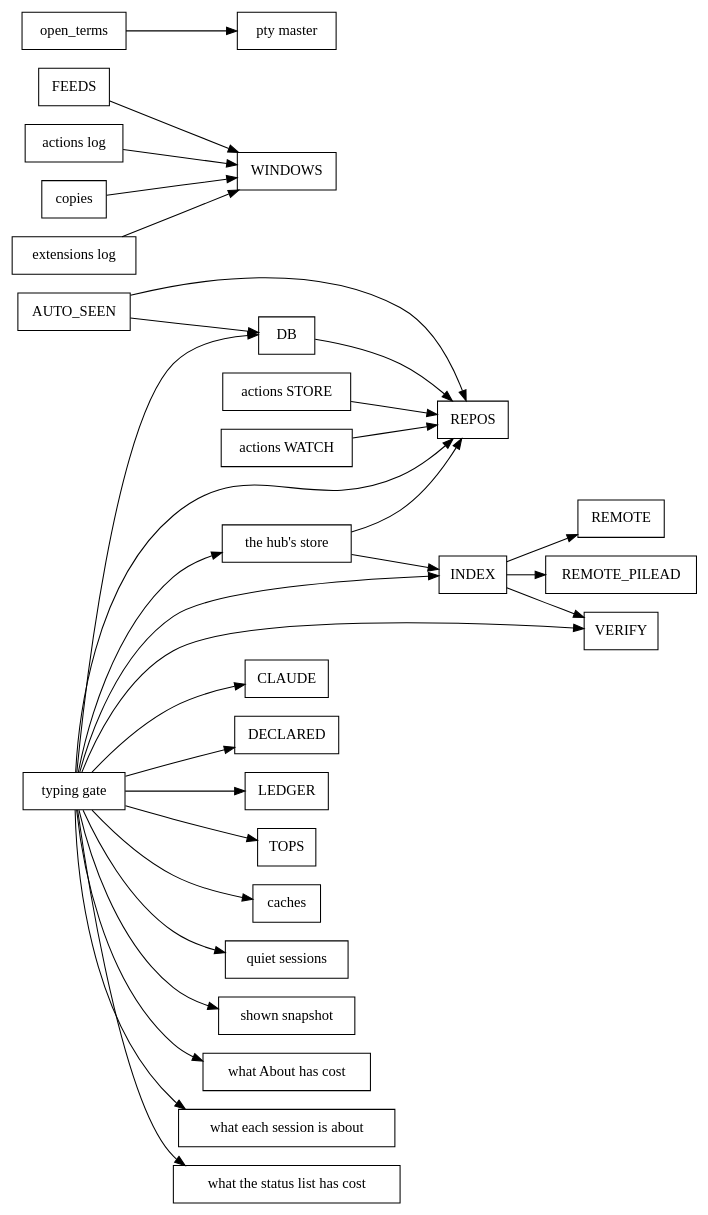
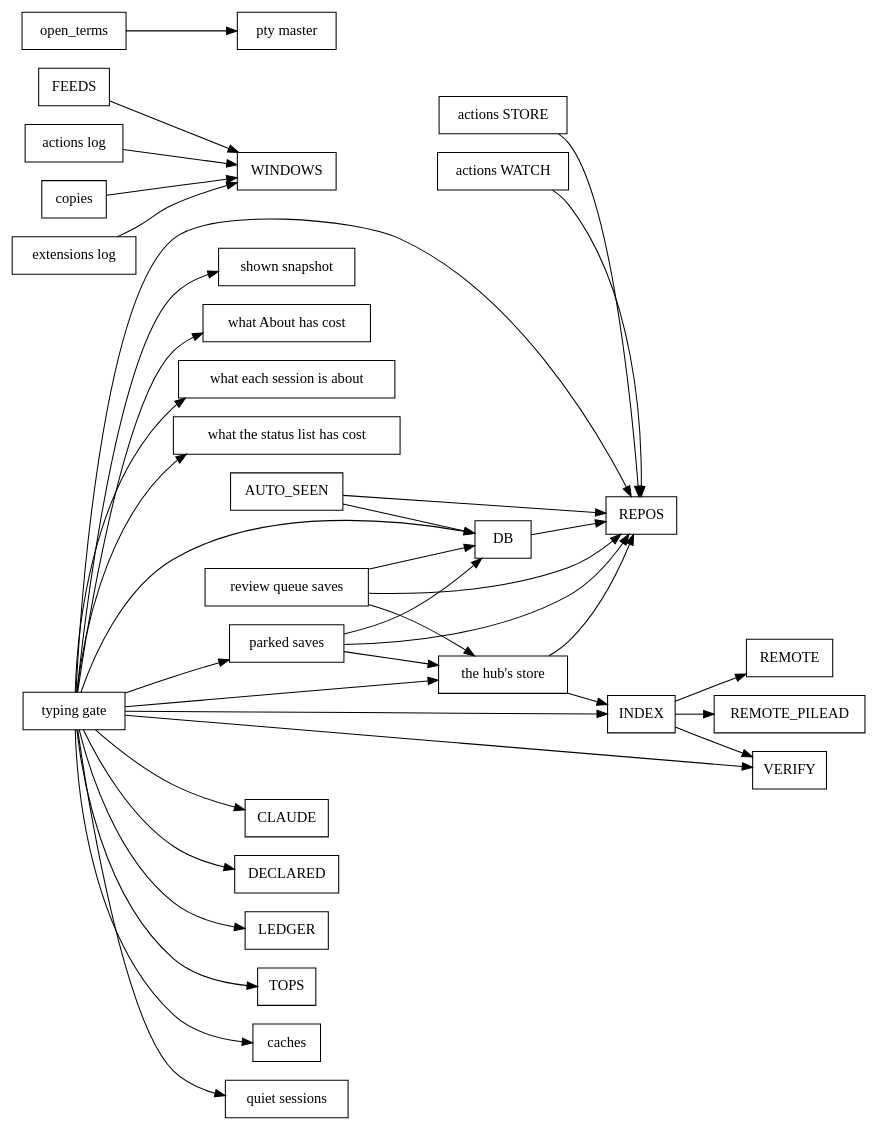
One commit to spacegrowth/cue changed the diagram in docs/dev/lock-graph.dot. Above: the diagram before and after it, drawn with Graphviz. The commit also changed 8 other files, not shown here.

First line of the commit message:
Saves after the store: each writes the store's latest state, under a save lock

```diff
--- a/docs/dev/lock-graph.dot
+++ b/docs/dev/lock-graph.dot
@@ -1,35 +1,42 @@
 // Generated by `cargo run -p xtask -- inventory`; don't edit by hand.
 digraph locks {
   rankdir=LR;
   node [shape=box];
   "AUTO_SEEN" -> "DB";
   "AUTO_SEEN" -> "REPOS";
   "DB" -> "REPOS";
   "FEEDS" -> "WINDOWS";
   "INDEX" -> "REMOTE";
   "INDEX" -> "REMOTE_PILEAD";
   "INDEX" -> "VERIFY";
   "actions STORE" -> "REPOS";
   "actions WATCH" -> "REPOS";
   "actions log" -> "WINDOWS";
   "copies" -> "WINDOWS";
   "extensions log" -> "WINDOWS";
   "open_terms" -> "pty master";
+  "parked saves" -> "DB";
+  "parked saves" -> "REPOS";
+  "parked saves" -> "the hub's store";
+  "review queue saves" -> "DB";
+  "review queue saves" -> "REPOS";
+  "review queue saves" -> "the hub's store";
   "the hub's store" -> "INDEX";
   "the hub's store" -> "REPOS";
   "typing gate" -> "CLAUDE";
   "typing gate" -> "DB";
   "typing gate" -> "DECLARED";
   "typing gate" -> "INDEX";
   "typing gate" -> "LEDGER";
   "typing gate" -> "REPOS";
   "typing gate" -> "TOPS";
   "typing gate" -> "VERIFY";
   "typing gate" -> "caches";
+  "typing gate" -> "parked saves";
   "typing gate" -> "quiet sessions";
   "typing gate" -> "shown snapshot";
   "typing gate" -> "the hub's store";
   "typing gate" -> "what About has cost";
   "typing gate" -> "what each session is about";
   "typing gate" -> "what the status list has cost";
 }
```
